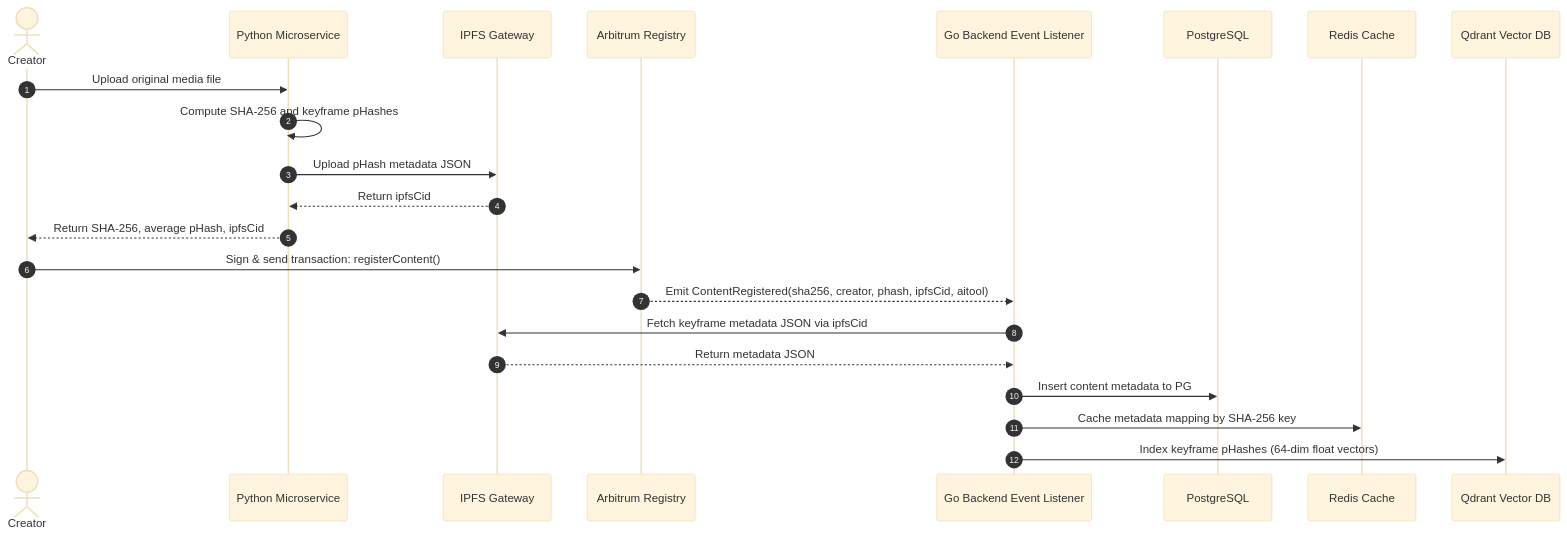
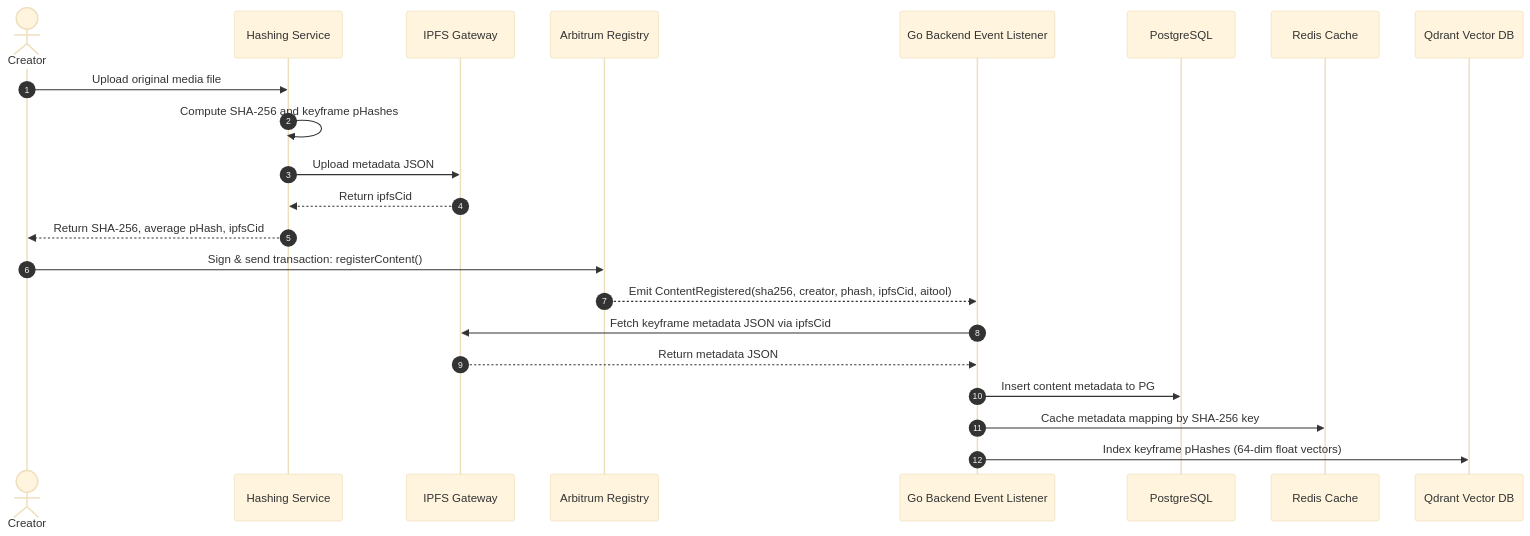
Before and after one commit to VetiTrace-Lampros-Dao/veritrace-backend: the first of 2 diagrams in README.md, drawn with Mermaid (base theme). The commit also changed other lines of this file, not shown here.

````diff
--- a/README.md
+++ b/README.md
@@ -60,25 +96,25 @@
 ```mermaid
 sequenceDiagram
     autonumber
     actor Creator
-    participant Python as Python Microservice
+    participant Hashing as Hashing Service
     participant IPFS as IPFS Gateway
     participant Contract as Arbitrum Registry
     participant Go as Go Backend Event Listener
     participant PG as PostgreSQL
     participant Redis as Redis Cache
     participant Qdrant as Qdrant Vector DB
 
-    Creator->>Python: Upload original media file
-    Python->>Python: Compute SHA-256 and keyframe pHashes
-    Python->>IPFS: Upload pHash metadata JSON
-    IPFS-->>Python: Return ipfsCid
-    Python-->>Creator: Return SHA-256, average pHash, ipfsCid
+    Creator->>Hashing: Upload original media file
+    Hashing->>Hashing: Compute SHA-256 and keyframe pHashes
+    Hashing->>IPFS: Upload metadata JSON
+    IPFS-->>Hashing: Return ipfsCid
+    Hashing-->>Creator: Return SHA-256, average pHash, ipfsCid
     Creator->>Contract: Sign & send transaction: registerContent()
     Contract-->>Go: Emit ContentRegistered(sha256, creator, phash, ipfsCid, aitool)
     Go->>IPFS: Fetch keyframe metadata JSON via ipfsCid
     IPFS-->>Go: Return metadata JSON
     Go->>PG: Insert content metadata to PG
     Go->>Redis: Cache metadata mapping by SHA-256 key
     Go->>Qdrant: Index keyframe pHashes (64-dim float vectors)
 ```
````
